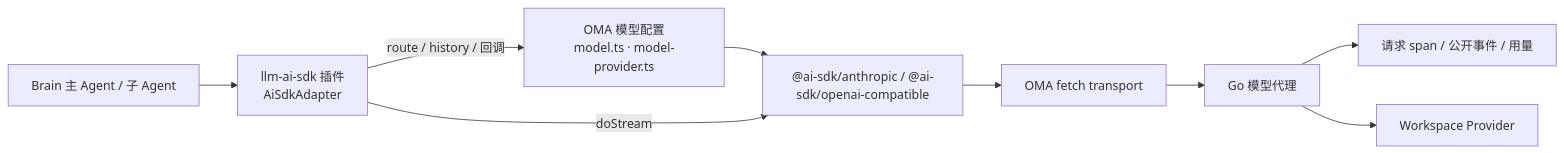
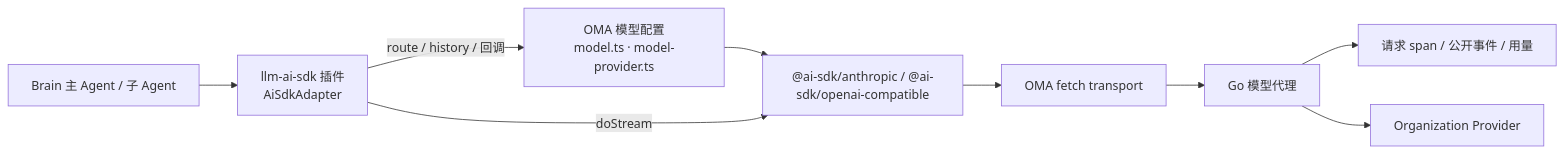
Before and after one commit to superduck-ai/open-managed-agents: diagram 11 of 11 in docs/design/be/brain-runtime.md, drawn with Mermaid. The commit also changed other lines of this file and 38 other files, not shown here.

````diff
--- a/docs/design/be/brain-runtime.md
+++ b/docs/design/be/brain-runtime.md
@@ -486,11 +486,11 @@
 ```mermaid
 flowchart LR
     Runtime[Brain 主 Agent / 子 Agent] --> Adapter["llm-ai-sdk 插件<br/>AiSdkAdapter"]
     Adapter -- route / history / 回调 --> OMA["OMA 模型配置<br/>model.ts · model-provider.ts"]
     OMA --> SDK["@ai-sdk/anthropic / @ai-sdk/openai-compatible"]
     Adapter -- doStream --> SDK
     SDK --> Transport[OMA fetch transport]
     Transport --> Proxy[Go 模型代理]
     Proxy --> Lifecycle[请求 span / 公开事件 / 用量]
-    Proxy --> Provider[Workspace Provider]
+    Proxy --> Provider[Organization Provider]
 ```
````
